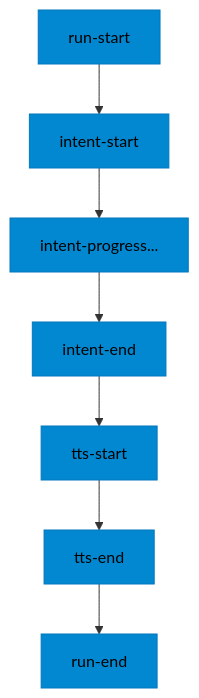
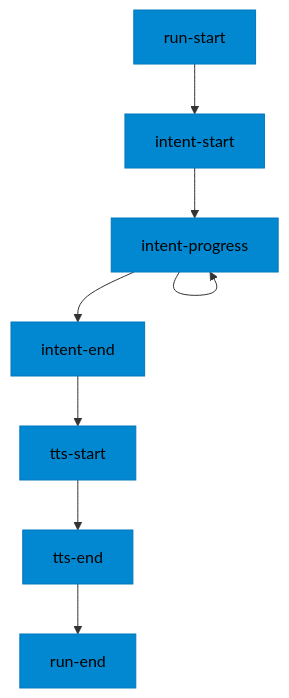
One commit to home-assistant/developers.home-assistant changed the third of 4 diagrams in docs/voice/pipelines/index.md. Above: the diagram before and after it, drawn with Mermaid. The commit also changed other lines of this file, not shown here.

Commit message:
Add loop

````diff
--- a/docs/voice/pipelines/index.md
+++ b/docs/voice/pipelines/index.md
@@ -102,6 +104,8 @@
 ```mermaid
 %%{init: {'theme':'base', 'themeVariables': { 'background':'#f8f9fa', 'primaryColor':'#0288d1', 'primaryTextColor':'#000', 'lineColor':'#333', 'primaryBorderColor':'#0277bd'}}}%%
 flowchart TD
-    C1[run-start] --> C2[intent-start] --> C3[intent-progress...] --> C4[intent-end]
+    C1[run-start] --> C2[intent-start] --> C3[intent-progress]
+    C3 --> C3
+    C3 --> C4[intent-end]
     C4 --> C5[tts-start] --> C6[tts-end] --> C7[run-end]
 ```
````
